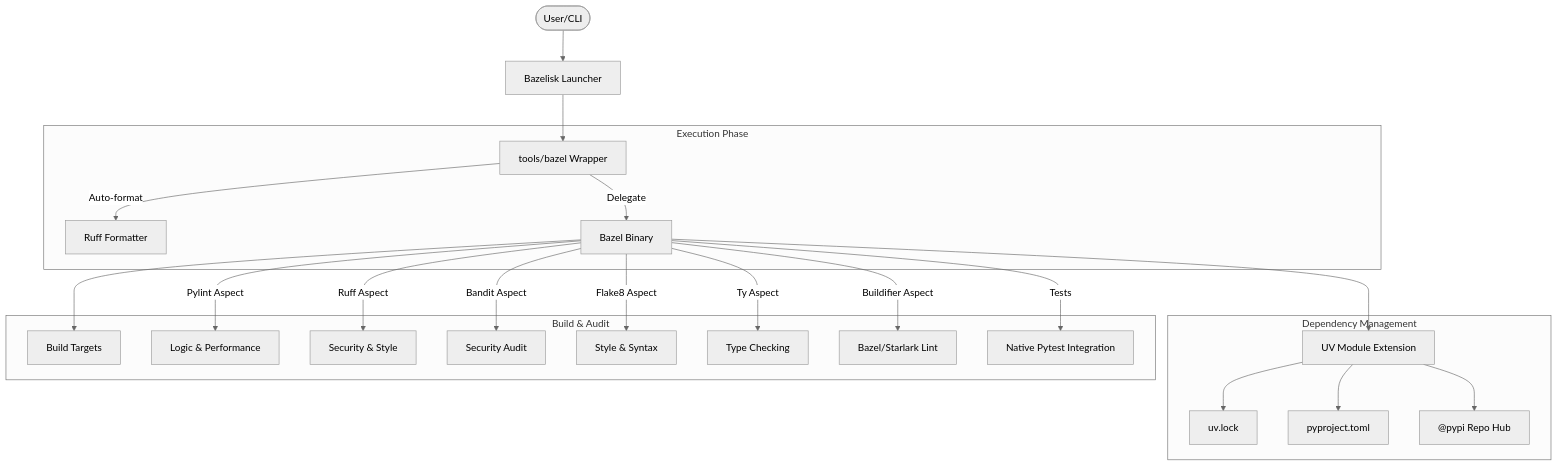
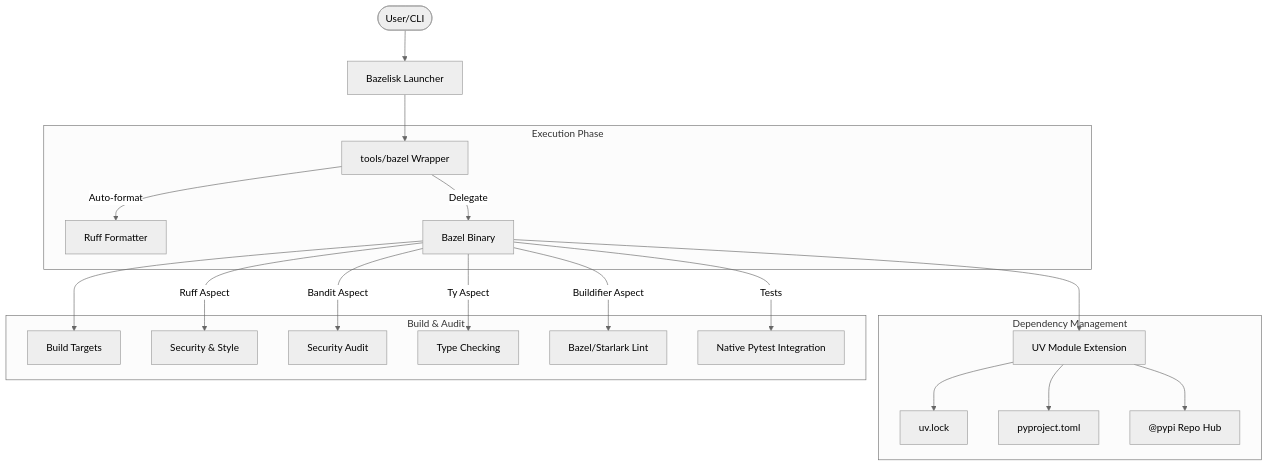
The diagram in build-architecture.md (craigdbarber/python-aspect-rules), drawn with Mermaid (neutral theme) before and after one commit. The commit also changed other lines of this file and 11 other files, not shown here.

Commit message:
removed redundant linter pylint and flake8, switched to only using ruff

````diff
--- a/build-architecture.md
+++ b/build-architecture.md
@@ -15,28 +15,26 @@
 ```mermaid
 flowchart TD
     User(["User/CLI"]) --> Bazelisk["Bazelisk Launcher"]
     Bazelisk --> Wrapper["tools/bazel Wrapper"]
     
     subgraph EXEC ["Execution Phase"]
         Wrapper -->|"Auto-format"| RuffFmt["Ruff Formatter"]
         Wrapper -->|"Delegate"| BazelBin["Bazel Binary"]
     end
     
     subgraph DEP ["Dependency Management"]
         BazelBin --> UVExt["UV Module Extension"]
         UVExt --> UVLock["uv.lock"]
         UVExt --> PyProject["pyproject.toml"]
         UVExt --> Hub["@pypi Repo Hub"]
     end
     
     subgraph AUDIT ["Build & Audit"]
         BazelBin --> Targets["Build Targets"]
-        BazelBin -->|"Pylint Aspect"| Pylint["Logic & Performance"]
         BazelBin -->|"Ruff Aspect"| Ruff["Security & Style"]
         BazelBin -->|"Bandit Aspect"| Bandit["Security Audit"]
-        BazelBin -->|"Flake8 Aspect"| Flake8["Style & Syntax"]
         BazelBin -->|"Ty Aspect"| Ty["Type Checking"]
         BazelBin -->|"Buildifier Aspect"| Buildifier["Bazel/Starlark Lint"]
         BazelBin -->|"Tests"| Pytest["Native Pytest Integration"]
     end
 ```
````
